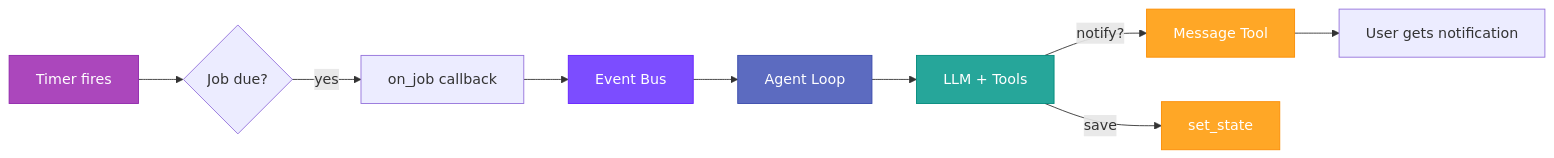
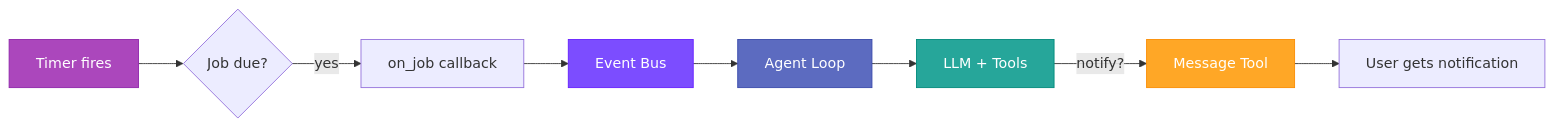
The diagram in docs/cron.md (crystal-autobot/autobot), drawn with Mermaid before and after one commit. The commit also changed other lines of this file and 10 other files, not shown here.

````diff
--- a/docs/cron.md
+++ b/docs/cron.md
@@ -54,18 +54,16 @@
 ```mermaid
 graph LR
     TIMER[Timer fires] --> CHECK{Job due?}
     CHECK -->|yes| CALLBACK[on_job callback]
     CALLBACK --> BUS[Event Bus]
     BUS --> LOOP[Agent Loop]
     LOOP --> LLM[LLM + Tools]
     LLM -->|notify?| MSG[Message Tool]
-    LLM -->|save| STATE[set_state]
     MSG --> USER[User gets notification]
 
     style TIMER fill:#ab47bc,stroke:#8e24aa,color:#fff
     style BUS fill:#7c4dff,stroke:#651fff,color:#fff
     style LOOP fill:#5c6bc0,stroke:#3949ab,color:#fff
     style LLM fill:#26a69a,stroke:#00897b,color:#fff
     style MSG fill:#ffa726,stroke:#fb8c00,color:#fff
-    style STATE fill:#ffa726,stroke:#fb8c00,color:#fff
 ```
````
